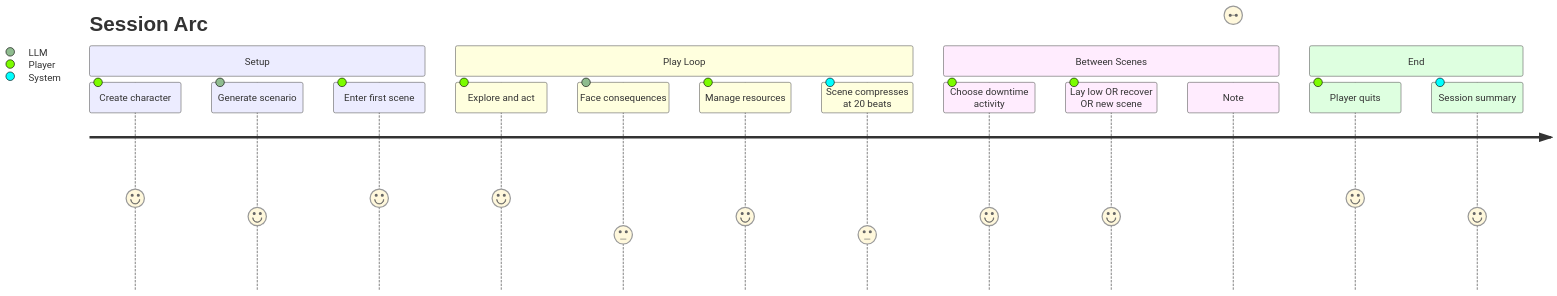
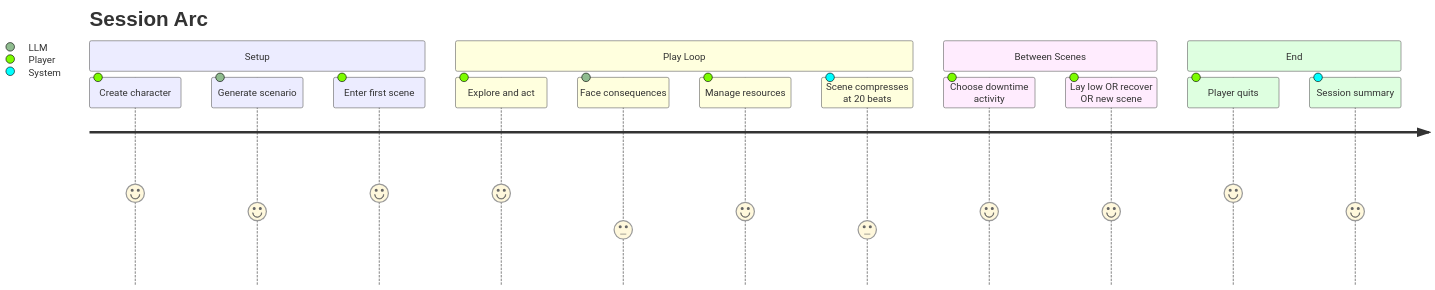
One commit to tidepool-heavy-industries/exomonad changed the third of 4 diagrams in src/DM/diagrams/user-journeys.md. Above: the diagram before and after it, drawn with Mermaid. The commit also changed 15 other files, not shown here.

First line of the commit message:
Simplify clock consequences to narrative text

````diff
--- a/src/DM/diagrams/user-journeys.md
+++ b/src/DM/diagrams/user-journeys.md
@@ -54,20 +54,19 @@
 ```mermaid
 journey
     title Session Arc
     section Setup
       Create character: 5: Player
       Generate scenario: 4: LLM
       Enter first scene: 5: Player
     section Play Loop
       Explore and act: 5: Player
       Face consequences: 3: LLM
       Manage resources: 4: Player
       Scene compresses at 20 beats: 3: System
     section Between Scenes
       Choose downtime activity: 4: Player
       Lay low OR recover OR new scene: 4: Player
-      Note: BetweenScenes handler NOT YET IMPLEMENTED
     section End
       Player quits: 5: Player
       Session summary: 4: System
 ```
````
